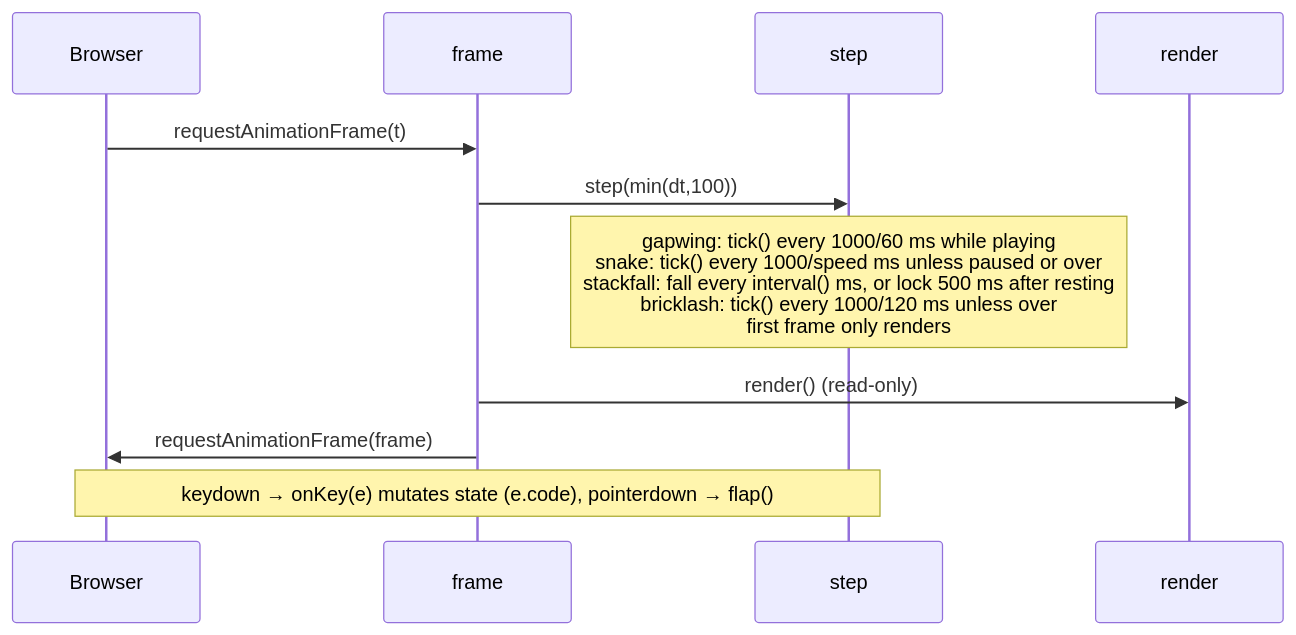
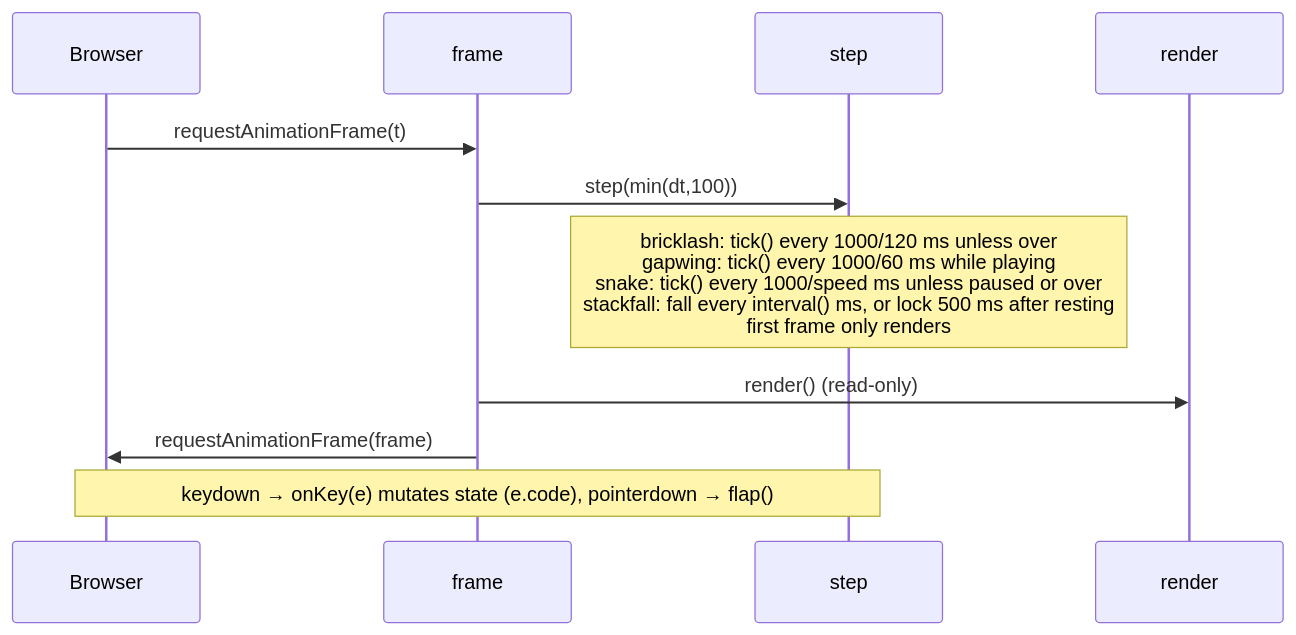
One commit to KPharcos/retro-games changed the second of 3 diagrams in docs/CODEBASE_MAP.md. Above: the diagram before and after it, drawn with Mermaid. The commit also changed other lines of this file and 2 other files, not shown here.

````diff
--- a/docs/CODEBASE_MAP.md
+++ b/docs/CODEBASE_MAP.md
@@ -344,13 +344,13 @@
 ```mermaid
 sequenceDiagram
     participant Browser
     participant frame
     participant step
     participant render
     Browser->>frame: requestAnimationFrame(t)
     frame->>step: step(min(dt,100))
-    Note over step: gapwing: tick() every 1000/60 ms while playing<br/>snake: tick() every 1000/speed ms unless paused or over<br/>stackfall: fall every interval() ms, or lock 500 ms after resting<br/>bricklash: tick() every 1000/120 ms unless over<br/>first frame only renders
+    Note over step: bricklash: tick() every 1000/120 ms unless over<br/>gapwing: tick() every 1000/60 ms while playing<br/>snake: tick() every 1000/speed ms unless paused or over<br/>stackfall: fall every interval() ms, or lock 500 ms after resting<br/>first frame only renders
     frame->>render: render() (read-only)
     frame->>Browser: requestAnimationFrame(frame)
     Note over Browser,step: keydown → onKey(e) mutates state (e.code), pointerdown → flap()
 ```
````
